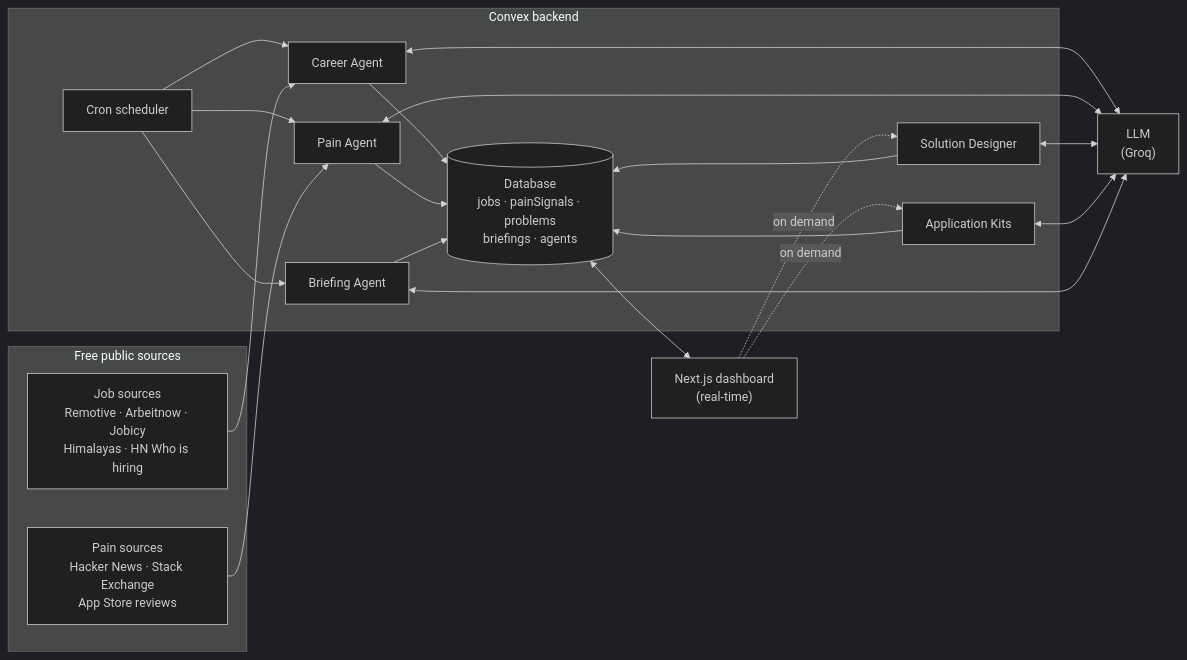
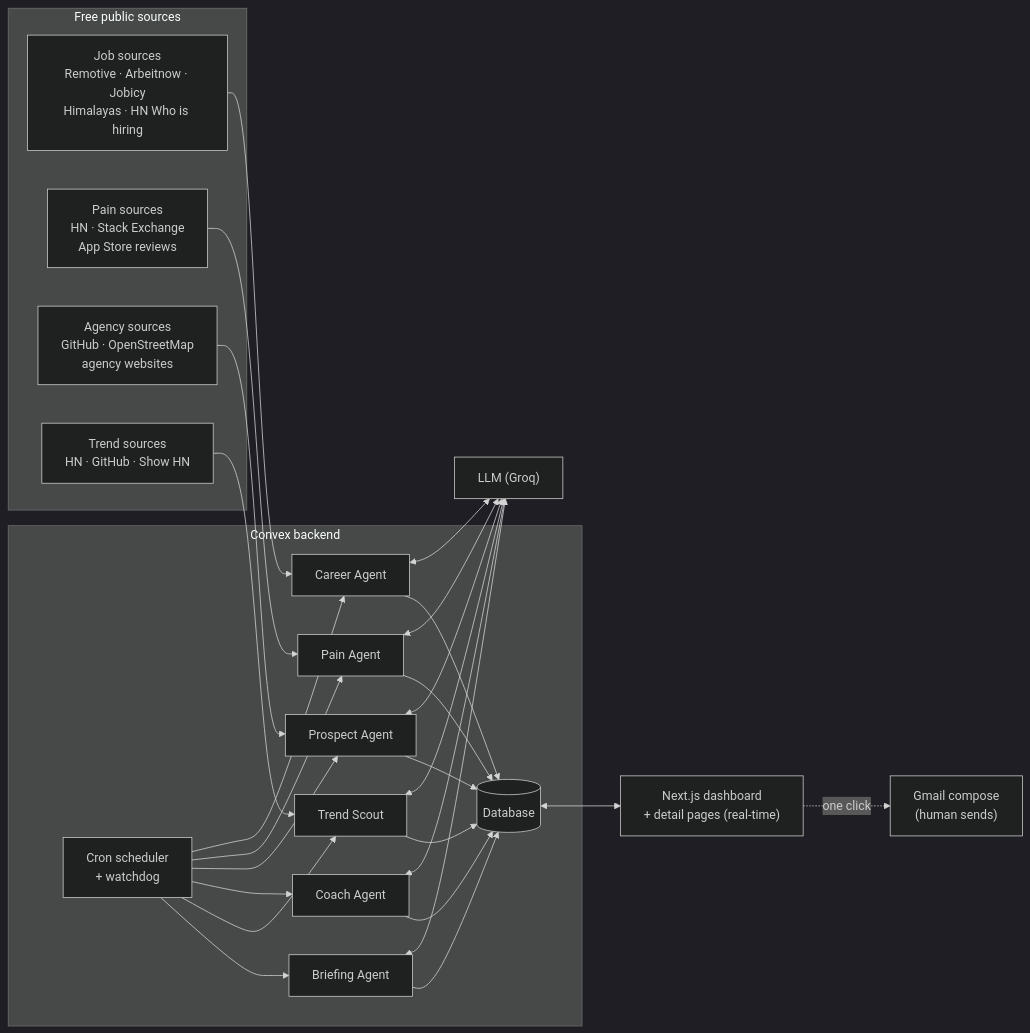
One commit to aadilsal/AI-Command-Center changed the diagram in README.md. Above: the diagram before and after it, drawn with Mermaid (dark theme). The commit also changed other lines of this file, not shown here.

Commit message:
README: Prospect Engine, Coach, Trend Scout, AI Workers page, reliability

```diff
--- a/README.md
+++ b/README.md
@@ -76,28 +90,34 @@
 ~~~mermaid
 flowchart LR
     subgraph Sources["Free public sources"]
         JB["Job sources<br/>Remotive · Arbeitnow · Jobicy<br/>Himalayas · HN Who is hiring"]
-        PS["Pain sources<br/>Hacker News · Stack Exchange<br/>App Store reviews"]
+        PS["Pain sources<br/>HN · Stack Exchange<br/>App Store reviews"]
+        AG["Agency sources<br/>GitHub · OpenStreetMap<br/>agency websites"]
+        TS["Trend sources<br/>HN · GitHub · Show HN"]
     end
 
     subgraph Convex["Convex backend"]
-        CRON["Cron scheduler"]
+        CRON["Cron scheduler<br/>+ watchdog"]
         CA["Career Agent"]
         PA["Pain Agent"]
-        SD["Solution Designer"]
-        AK["Application Kits"]
+        PR["Prospect Agent"]
+        CO["Coach Agent"]
+        TR["Trend Scout"]
         BA["Briefing Agent"]
-        DB[("Database<br/>jobs · painSignals · problems<br/>briefings · agents")]
+        DB[("Database")]
     end
 
-    LLM["LLM<br/>(Groq)"]
-    UI["Next.js dashboard<br/>(real-time)"]
+    LLM["LLM (Groq)"]
+    UI["Next.js dashboard<br/>+ detail pages (real-time)"]
+    GM["Gmail compose<br/>(human sends)"]
 
-    CRON --> CA & PA & BA
+    CRON --> CA & PA & PR & CO & TR & BA
     JB --> CA
     PS --> PA
-    CA & PA & SD & AK & BA <--> LLM
-    CA & PA & SD & AK & BA --> DB
+    AG --> PR
+    TS --> TR
+    CA & PA & PR & CO & TR & BA <--> LLM
+    CA & PA & PR & CO & TR & BA --> DB
     DB <--> UI
-    UI -. on demand .-> SD & AK
+    UI -. one click .-> GM
 ~~~
```
